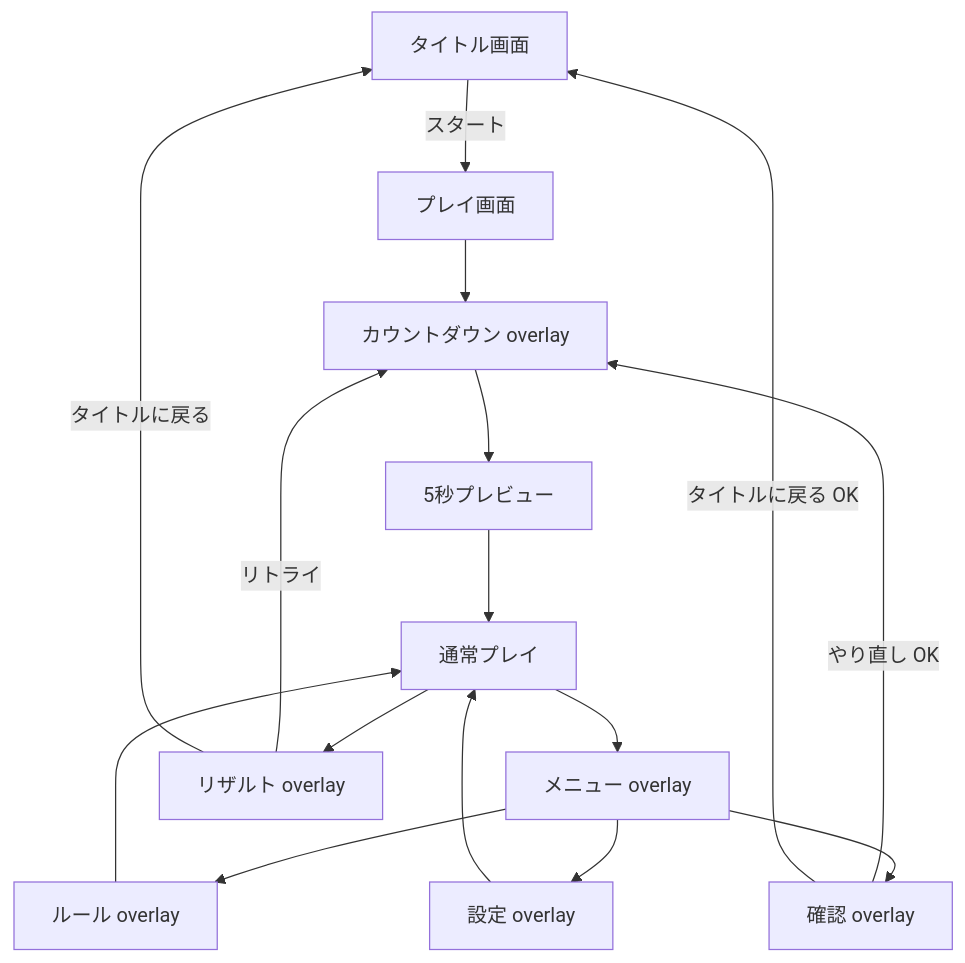
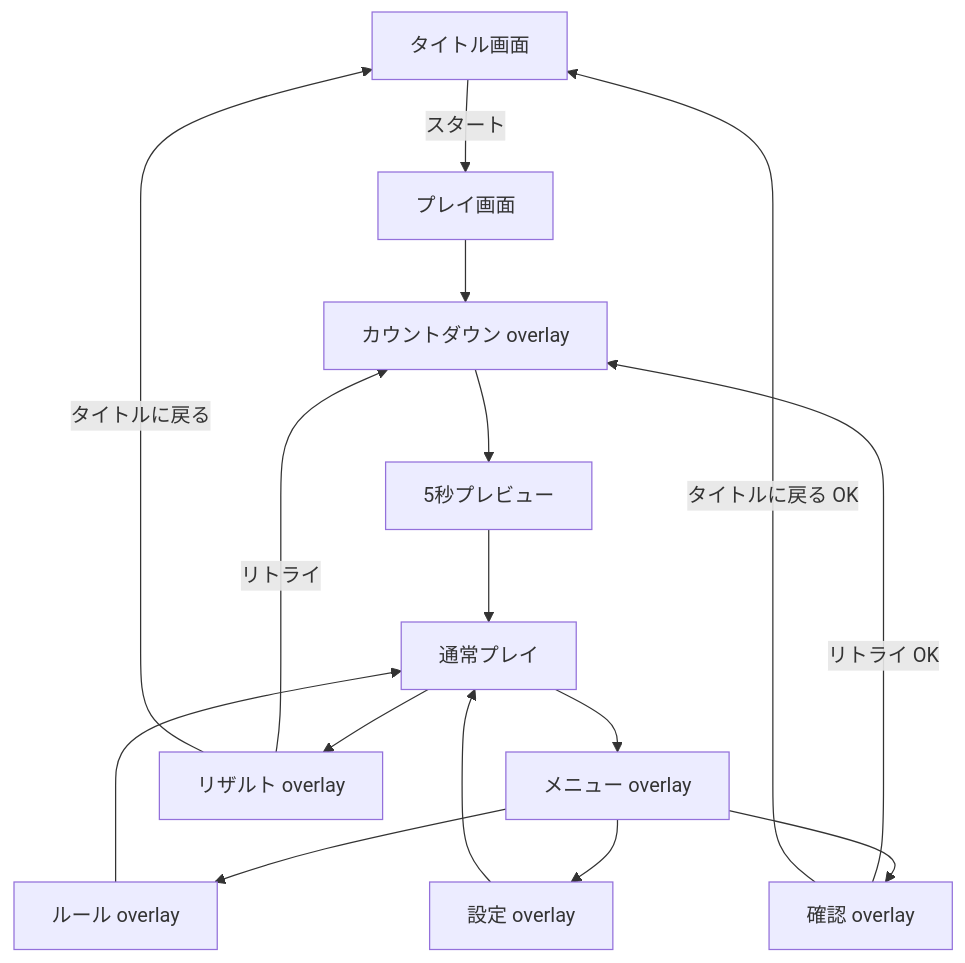
One commit to iretdx-hiroto-ishii/MEMORY_GAME changed the diagram in docs/design/play-screen.md. Above: the diagram before and after it, drawn with Mermaid. The commit also changed other lines of this file and 10 other files, not shown here.

````diff
--- a/docs/design/play-screen.md
+++ b/docs/design/play-screen.md
@@ -58,18 +59,18 @@
 ```mermaid
 flowchart TD
   T[タイトル画面] -->|スタート| P[プレイ画面]
   P --> C[カウントダウン overlay]
   C --> V[5秒プレビュー]
   V --> G[通常プレイ]
   G --> M[メニュー overlay]
   M --> CF[確認 overlay]
   M --> RL[ルール overlay]
   M --> S[設定 overlay]
   G --> R[リザルト overlay]
   R -->|リトライ| C
   R -->|タイトルに戻る| T
-  CF -->|やり直し OK| C
+  CF -->|リトライ OK| C
   CF -->|タイトルに戻る OK| T
   RL --> G
   S --> G
 ```
````
